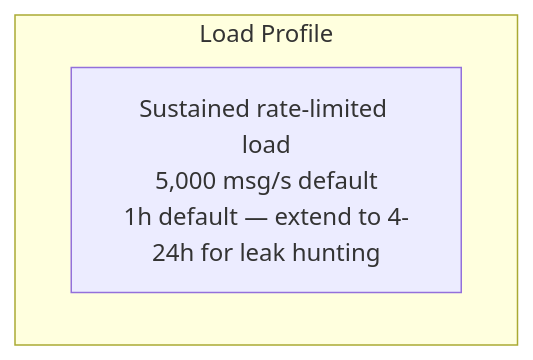
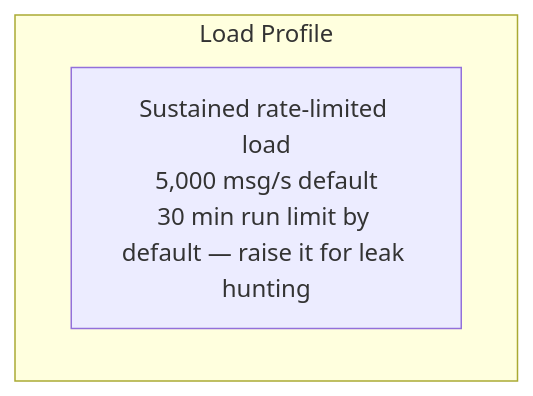
The sixth of 10 diagrams in docs/book/05-test-types.md (actions-marketplace-validations/bmscomp_kates), drawn with Mermaid before and after one commit. The commit also changed other lines of this file and 5 other files, not shown here.

Commit message:
docs(book): integrity under chaos as one rate-limited resilience run (#197)

````diff
--- a/docs/book/05-test-types.md
+++ b/docs/book/05-test-types.md
@@ -225,7 +221,7 @@
 ```mermaid
 graph LR
     subgraph Endurance["Load Profile"]
         direction LR
-        E1["Sustained rate-limited load<br/>5,000 msg/s default<br/>1h default — extend to 4-24h for leak hunting"]
+        E1["Sustained rate-limited load<br/>5,000 msg/s default<br/>30 min run limit by default — raise it for leak hunting"]
     end
 ```
````
